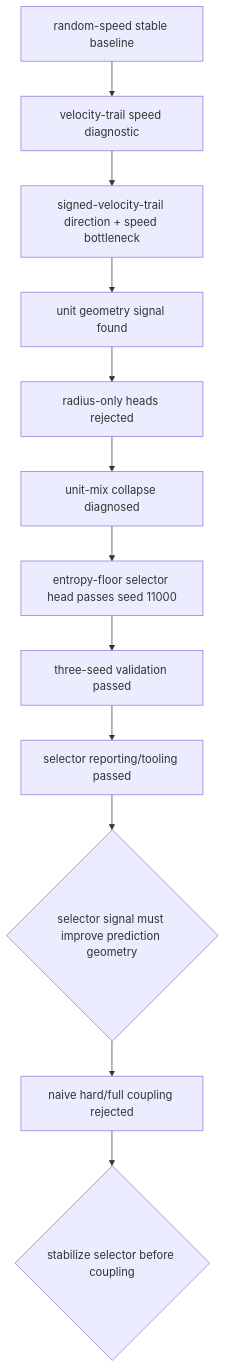
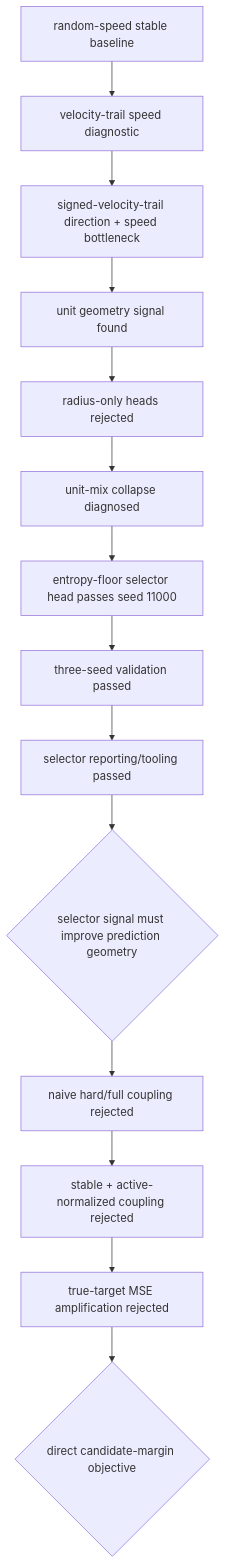
One commit to ChrisRPL/jepra changed the second of 2 diagrams in README.md. Above: the diagram before and after it, drawn with Mermaid. The commit also changed other lines of this file and 4 other files, not shown here.

Commit message:
feat: add true-target mse amplification control

````diff
--- a/README.md
+++ b/README.md
@@ -81,14 +81,16 @@
 ```mermaid
 flowchart TD
   A[random-speed stable baseline] --> B[velocity-trail speed diagnostic]
   B --> C[signed-velocity-trail direction + speed bottleneck]
   C --> D[unit geometry signal found]
   D --> E[radius-only heads rejected]
   E --> F[unit-mix collapse diagnosed]
   F --> G[entropy-floor selector head passes seed 11000]
   G --> H[three-seed validation passed]
   H --> I[selector reporting/tooling passed]
   I --> J{selector signal must improve prediction geometry}
   J --> K[naive hard/full coupling rejected]
-  K --> L{stabilize selector before coupling}
+  K --> L[stable + active-normalized coupling rejected]
+  L --> M[true-target MSE amplification rejected]
+  M --> N{direct candidate-margin objective}
 ```
````
